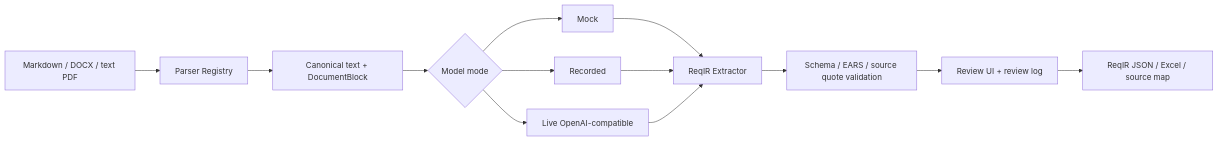
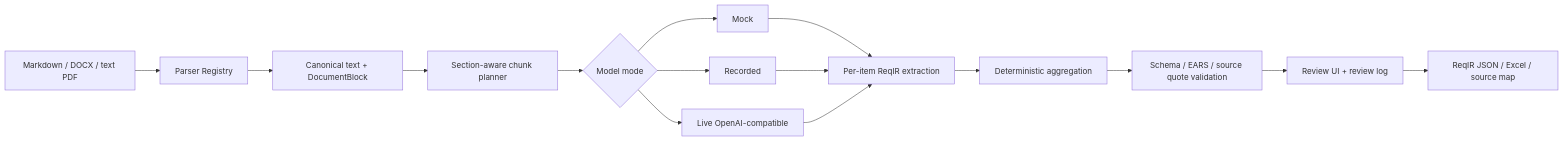
Before and after one commit to HugoWang232608/spectrail: the diagram in README.md, drawn with Mermaid. The commit also changed other lines of this file and 58 other files, not shown here.

````diff
--- a/README.md
+++ b/README.md
@@ -46,15 +46,17 @@
 ```mermaid
 flowchart LR
     A[Markdown / DOCX / text PDF] --> B[Parser Registry]
     B --> C[Canonical text + DocumentBlock]
-    C --> D{Model mode}
-    D --> E[Mock]
-    D --> F[Recorded]
-    D --> G[Live OpenAI-compatible]
-    E --> H[ReqIR Extractor]
-    F --> H
-    G --> H
-    H --> I[Schema / EARS / source quote validation]
-    I --> J[Review UI + review log]
-    J --> K[ReqIR JSON / Excel / source map]
+    C --> D[Section-aware chunk planner]
+    D --> E{Model mode}
+    E --> F[Mock]
+    E --> G[Recorded]
+    E --> H[Live OpenAI-compatible]
+    F --> I[Per-item ReqIR extraction]
+    G --> I
+    H --> I
+    I --> J[Deterministic aggregation]
+    J --> K[Schema / EARS / source quote validation]
+    K --> L[Review UI + review log]
+    L --> M[ReqIR JSON / Excel / source map]
 ```
````
